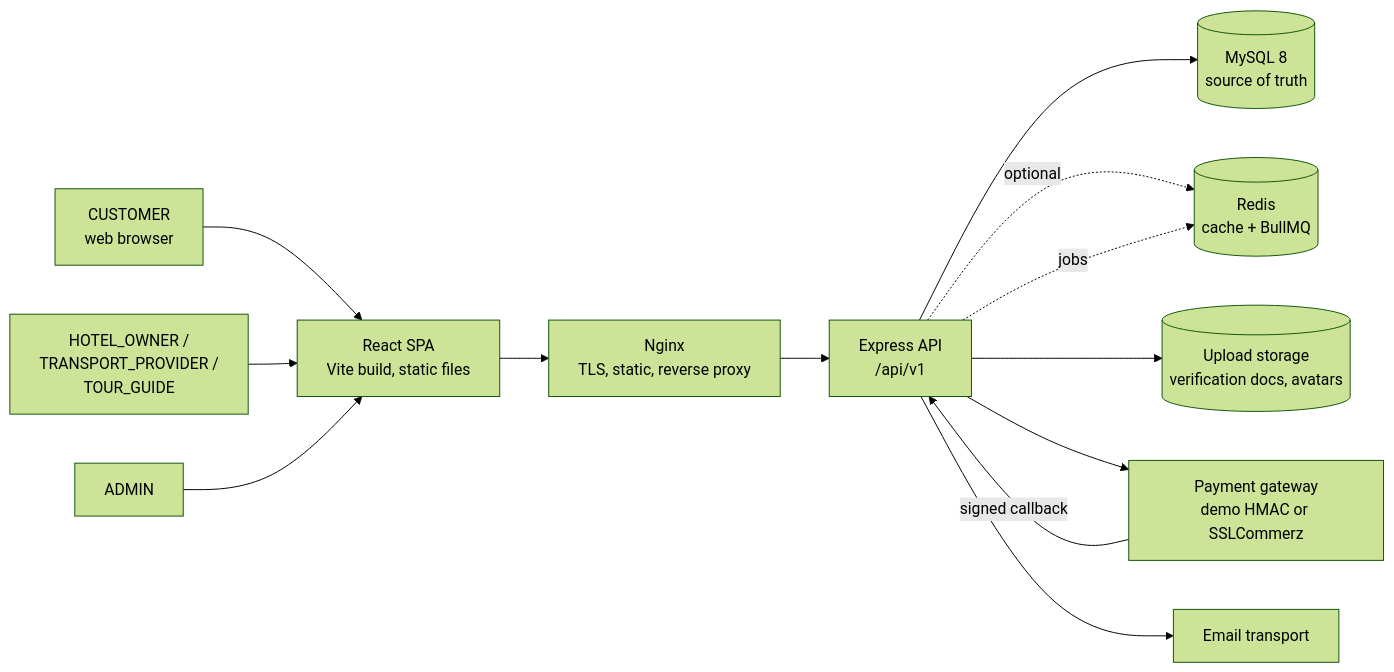
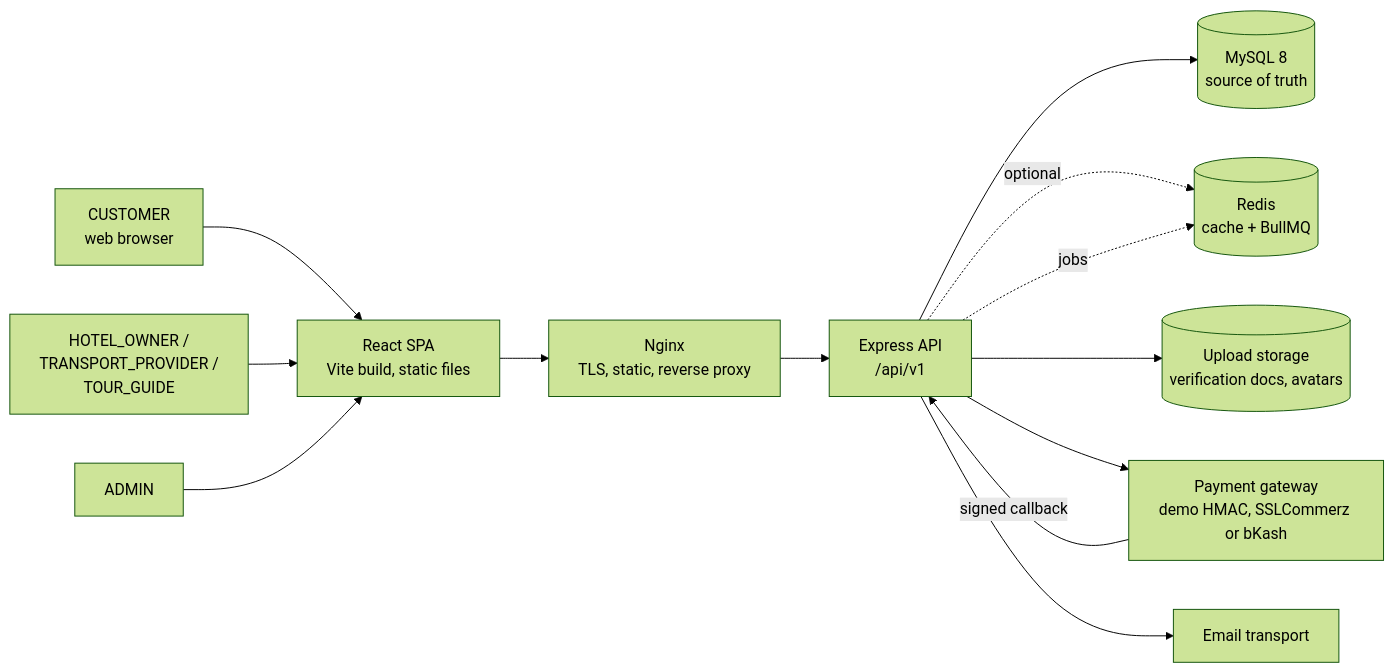
The first of 3 diagrams in docs/ARCHITECTURE.md (IbrahimZihad/pothik_final_update), drawn with Mermaid (forest theme) before and after one commit. The commit also changed 24 other files, not shown here.

First line of the commit message:
feat(payments): integrate bKash Tokenized Checkout gateway

````diff
--- a/docs/ARCHITECTURE.md
+++ b/docs/ARCHITECTURE.md
@@ -7,27 +7,27 @@
 ```mermaid
 flowchart LR
   Customer[CUSTOMER<br/>web browser]
   Provider[HOTEL_OWNER /<br/>TRANSPORT_PROVIDER /<br/>TOUR_GUIDE]
   Admin[ADMIN]
 
   SPA[React SPA<br/>Vite build, static files]
   Nginx[Nginx<br/>TLS, static, reverse proxy]
   API[Express API<br/>/api/v1]
   DB[(MySQL 8<br/>source of truth)]
   Redis[(Redis<br/>cache + BullMQ)]
   Files[(Upload storage<br/>verification docs, avatars)]
-  Gateway[Payment gateway<br/>demo HMAC or SSLCommerz]
+  Gateway[Payment gateway<br/>demo HMAC, SSLCommerz or bKash]
   Mail[Email transport]
 
   Customer --> SPA
   Provider --> SPA
   Admin --> SPA
   SPA --> Nginx --> API
   API --> DB
   API -. optional .-> Redis
   API --> Files
   API --> Gateway
   Gateway -->|signed callback| API
   API -. jobs .-> Redis
   API --> Mail
 ```
````
